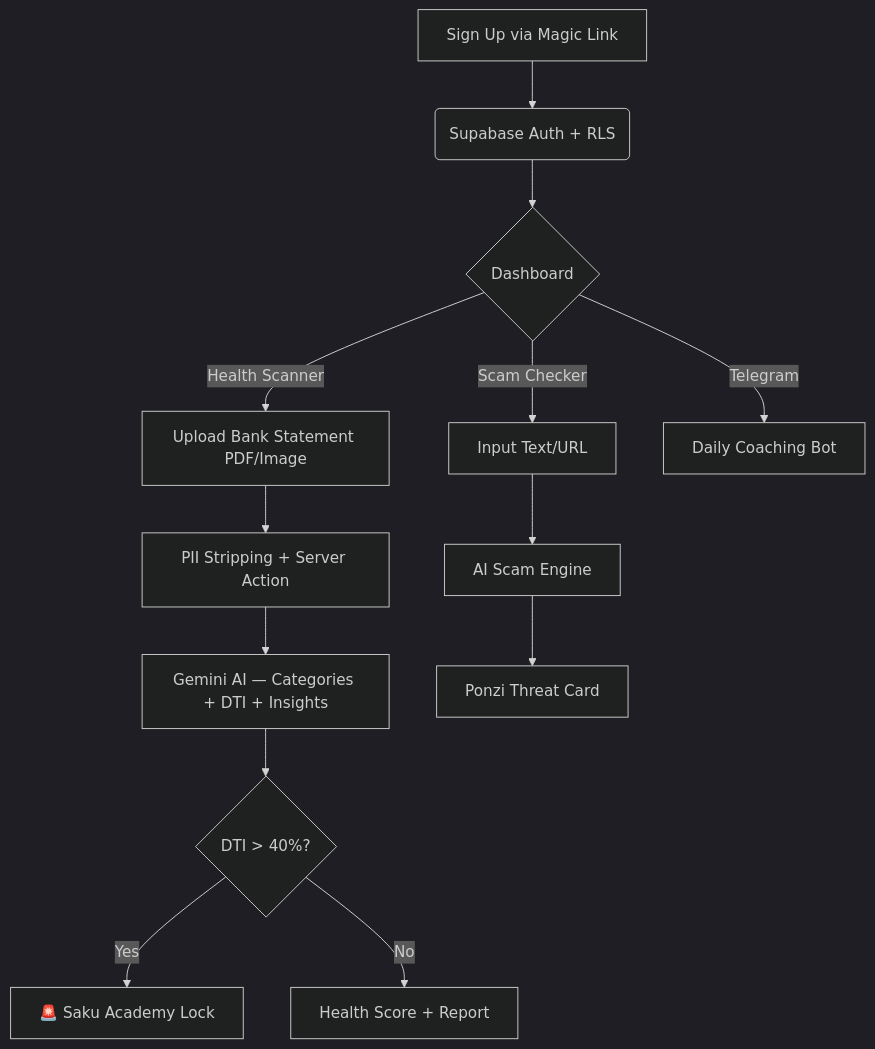
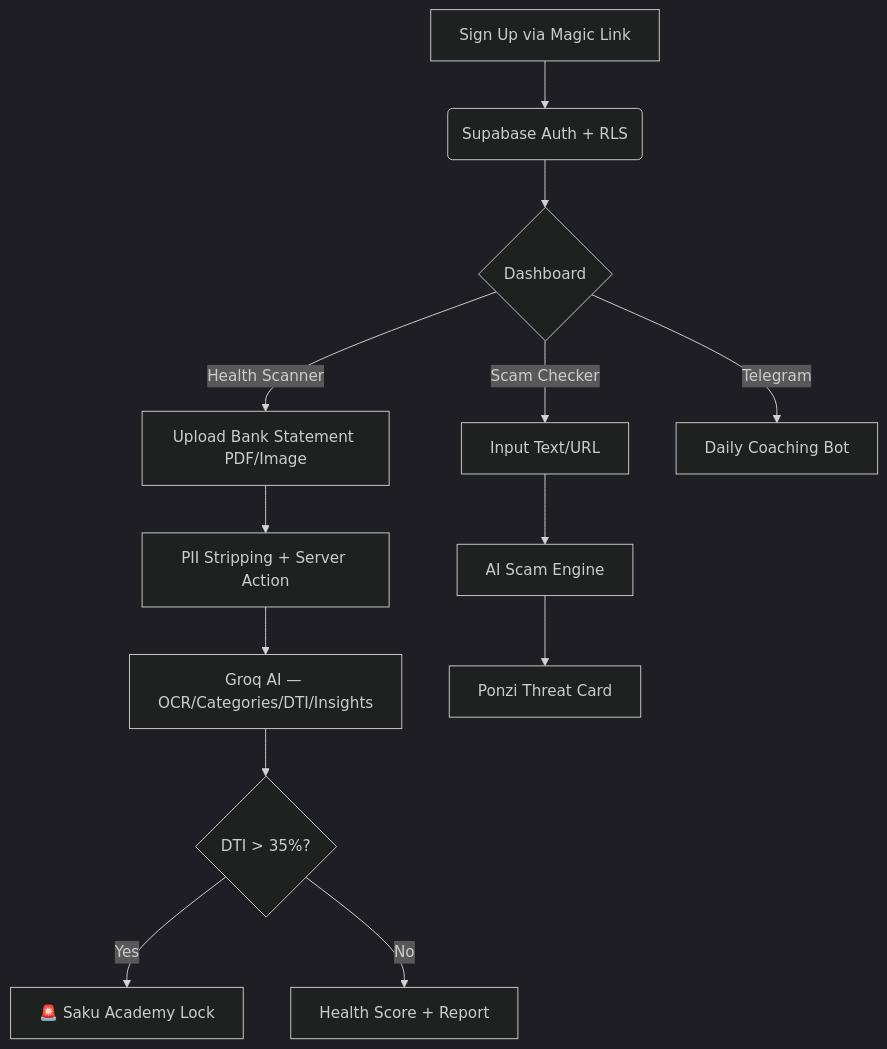
Before and after one commit to kazanaruishere-max/SafeWallet: the second of 2 diagrams in README.md, drawn with Mermaid (dark theme). The commit also changed other lines of this file and 30 other files, not shown here.

````diff
--- a/README.md
+++ b/README.md
@@ -203,18 +206,18 @@
 ```mermaid
 graph TD
     A[Sign Up via Magic Link] --> B(Supabase Auth + RLS)
     B --> C{Dashboard}
 
     C -->|Health Scanner| D[Upload Bank Statement PDF/Image]
     D --> E[PII Stripping + Server Action]
-    E --> F[Gemini AI — Categories + DTI + Insights]
-    F --> G{DTI > 40%?}
+    E --> F[Groq AI — OCR/Categories/DTI/Insights]
+    F --> G{DTI > 35%?}
     G -- Yes --> H[🚨 Saku Academy Lock]
     G -- No --> I[Health Score + Report]
 
     C -->|Scam Checker| J[Input Text/URL]
     J --> K[AI Scam Engine]
     K --> L[Ponzi Threat Card]
 
     C -->|Telegram| M[Daily Coaching Bot]
 ```
````
